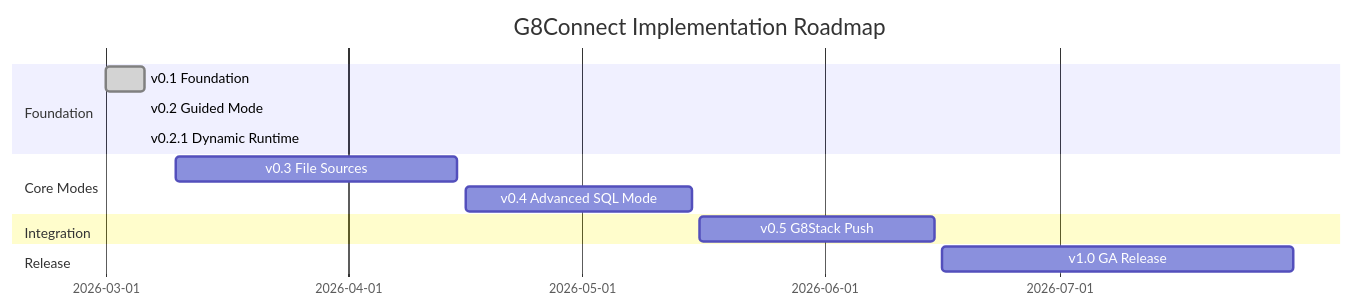
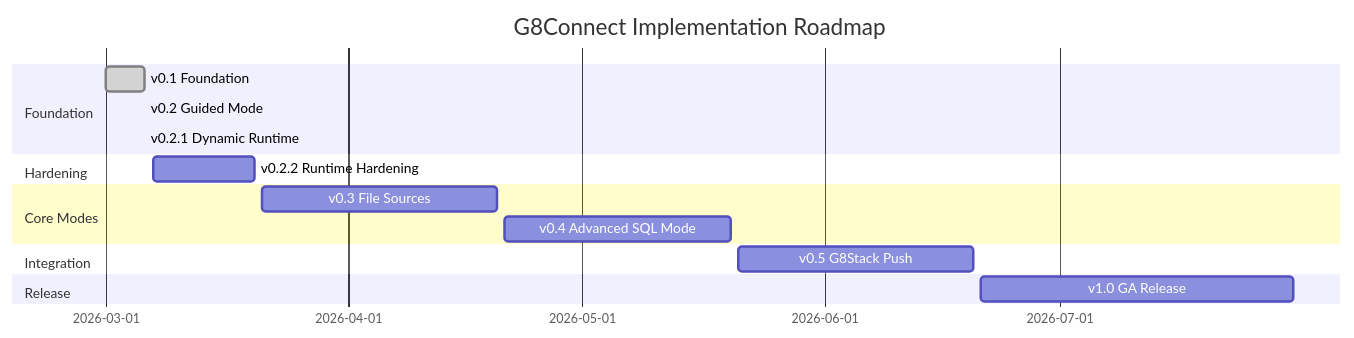
Before and after one commit to developers-hub-my/g8stack-connect: the first of 3 diagrams in docs/05-roadmap/01-implementation-roadmap.md, drawn with Mermaid. The commit also changed other lines of this file and 1 other file, not shown here.

First line of the commit message:
Update roadmap with v0.2.2 Runtime Hardening phase

````diff
--- a/docs/05-roadmap/01-implementation-roadmap.md
+++ b/docs/05-roadmap/01-implementation-roadmap.md
@@ -22,16 +23,18 @@
 ```mermaid
 gantt
   title G8Connect Implementation Roadmap
   dateFormat YYYY-MM-DD
   section Foundation
     v0.1 Foundation         :done, 2026-03-01, 2026-03-06
     v0.2 Guided Mode        :done, 2026-03-06, 2026-03-06
     v0.2.1 Dynamic Runtime  :done, 2026-03-06, 2026-03-06
+  section Hardening
+    v0.2.2 Runtime Hardening :2026-03-07, 2026-03-20
   section Core Modes
-    v0.3 File Sources       :2026-03-10, 2026-04-15
-    v0.4 Advanced SQL Mode  :2026-04-16, 2026-05-15
+    v0.3 File Sources       :2026-03-21, 2026-04-20
+    v0.4 Advanced SQL Mode  :2026-04-21, 2026-05-20
   section Integration
-    v0.5 G8Stack Push       :2026-05-16, 2026-06-15
+    v0.5 G8Stack Push       :2026-05-21, 2026-06-20
   section Release
-    v1.0 GA Release         :2026-06-16, 2026-07-31
+    v1.0 GA Release         :2026-06-21, 2026-07-31
 ```
````
